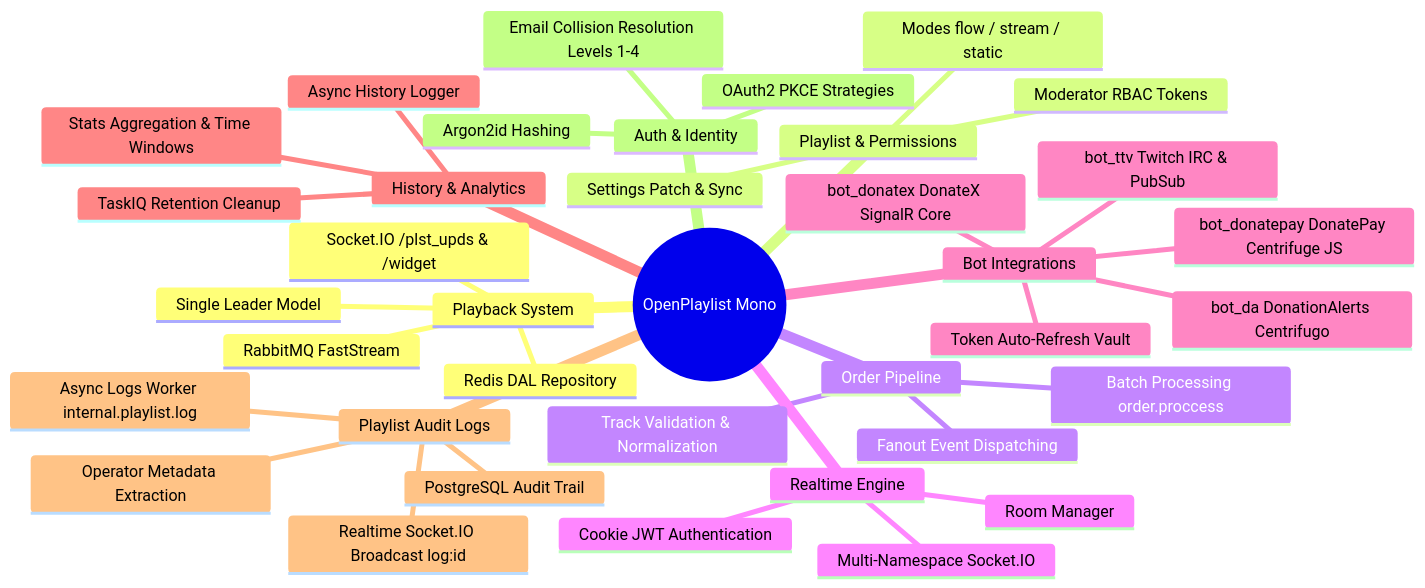
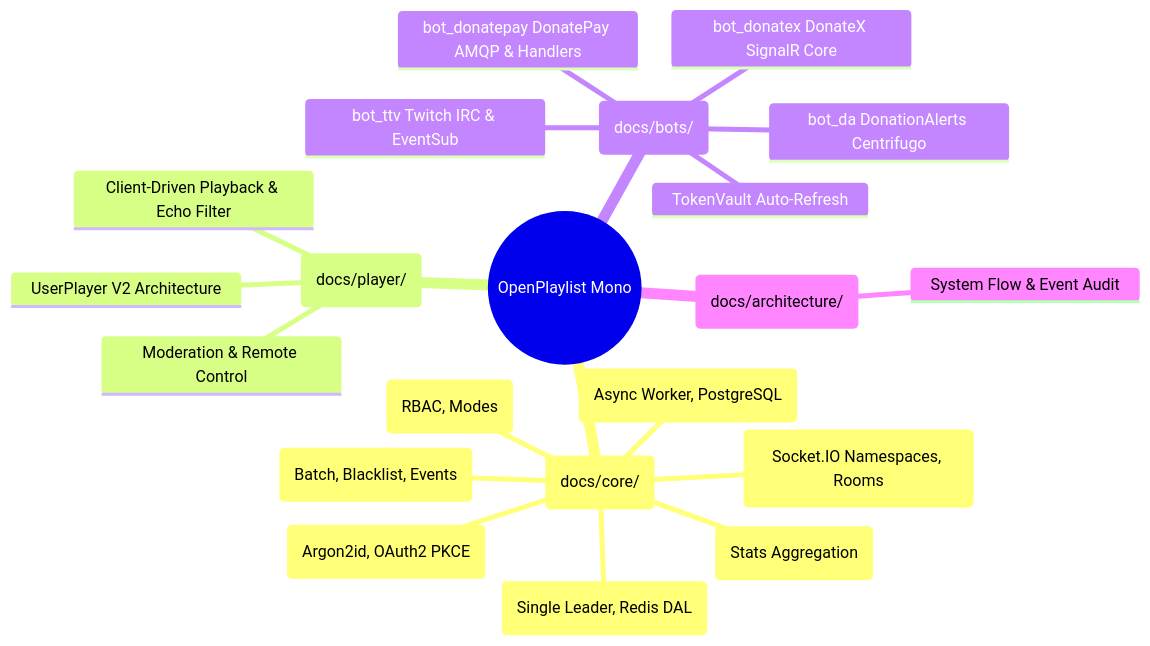
One commit to DustGalaxy/openplaylist-mono changed the diagram in docs/README.md. Above: the diagram before and after it, drawn with Mermaid. The commit also changed other lines of this file and 13 other files, not shown here.

````diff
--- a/docs/README.md
+++ b/docs/README.md
@@ -11,40 +11,24 @@
 ```mermaid
 mindmap
   root((OpenPlaylist Mono))
-    Playback System
-      Single Leader Model
-      Redis DAL Repository
-      RabbitMQ FastStream
-      Socket.IO /plst_upds & /widget
-    Playlist & Permissions
-      Modes flow / stream / static
-      Moderator RBAC Tokens
-      Settings Patch & Sync
-    Order Pipeline
-      Track Validation & Normalization
-      Batch Processing order.proccess
-      Fanout Event Dispatching
-    Realtime Engine
-      Multi-Namespace Socket.IO
-      Cookie JWT Authentication
-      Room Manager
-    Bot Integrations
-      bot_ttv Twitch IRC & PubSub
+    Core Backend (docs/core/)
+      Playback System (Single Leader, Redis DAL)
+      Playlists & Permissions (RBAC, Modes)
+      Order Pipeline (Batch, Blacklist, Events)
+      Realtime Engine (Socket.IO Namespaces, Rooms)
+      Playlist Audit Logs (Async Worker, PostgreSQL)
+      History & Analytics (Stats Aggregation)
+      Auth & Identity (Argon2id, OAuth2 PKCE)
+    Player & UI (docs/player/)
+      UserPlayer V2 Architecture
+      Client-Driven Playback & Echo Filter
+      Moderation & Remote Control
+    Bots & Integrations (docs/bots/)
+      bot_ttv Twitch IRC & EventSub
       bot_da DonationAlerts Centrifugo
-      bot_donatepay DonatePay Centrifuge JS
+      bot_donatepay DonatePay AMQP & Handlers
       bot_donatex DonateX SignalR Core
-      Token Auto-Refresh Vault
-    History & Analytics
-      Async History Logger
-      Stats Aggregation & Time Windows
-      TaskIQ Retention Cleanup
-    Playlist Audit Logs
-      Async Logs Worker internal.playlist.log
-      Operator Metadata Extraction
-      Realtime Socket.IO Broadcast log:id
-      PostgreSQL Audit Trail
-    Auth & Identity
-      Argon2id Hashing
-      OAuth2 PKCE Strategies
-      Email Collision Resolution Levels 1-4
+      TokenVault Auto-Refresh
+    Architecture & Audits (docs/architecture/)
+      System Flow & Event Audit
 ```
````
